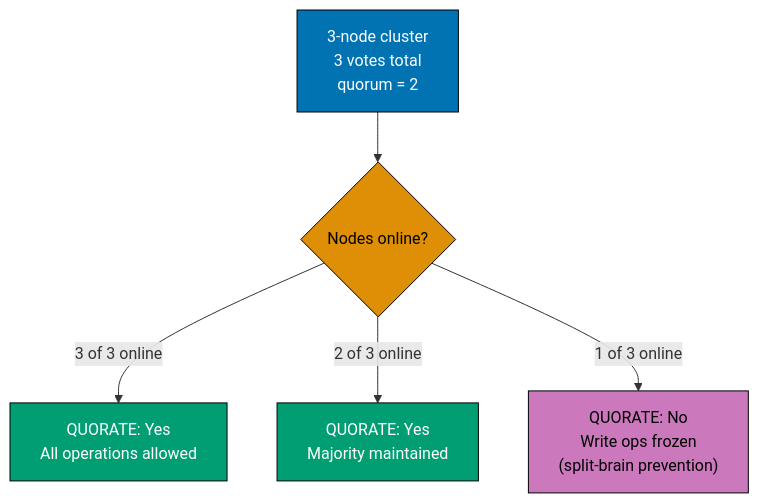
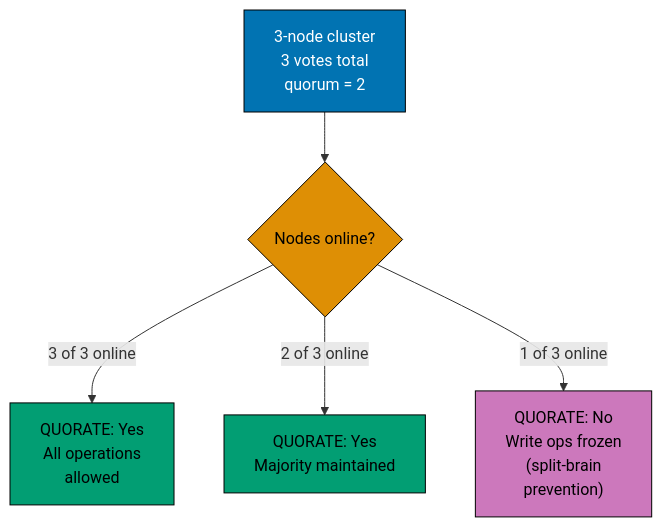
Before and after one commit to wahidyankf/ose-public: the second of 9 diagrams in apps/ayokoding-www/content/en/learn/legacy/software-engineering/infrastructure/tools/proxmox/by-example/intermediate.md, drawn with Mermaid. The commit also changed other lines of this file and 131 other files, not shown here.

First line of the commit message:
fix(mermaid): bring the legacy data, infrastructure, and testing diagrams onto the accessible palette

````diff
--- a/apps/ayokoding-www/content/en/learn/legacy/software-engineering/infrastructure/tools/proxmox/by-example/intermediate.md
+++ b/apps/ayokoding-www/content/en/learn/legacy/software-engineering/infrastructure/tools/proxmox/by-example/intermediate.md
@@ -70,14 +77,21 @@
 ```mermaid
 %% Color Palette: Blue #0173B2, Orange #DE8F05, Teal #029E73, Purple #CC78BC, Brown #CA9161
 graph TD
+    accTitle: Example 30: Inspect Cluster Membership and Quorum Status
+    accDescr: Graph with 5 nodes and 4 connections. Nodes: 3-node cluster 3 votes total quorum = 2, Nodes online?, QUORATE: Yes All operations allowed, QUORATE: Yes Majority maintained, QUORATE: No Write ops frozen (split-brain prevention). Connections: 3-node cluster 3 votes total quorum = 2 to Nodes online?, Nodes online? to QUORATE: Yes All operations allowed (3 of 3 online), Nodes online? to QUORATE: Yes Majority maintained (2 of 3 online), Nodes online? to QUORATE: No Write ops frozen (split-brain prevention) (1 of 3 online).
     A["3-node cluster<br/>3 votes total<br/>quorum = 2"] --> B{"Nodes online?"}
-    B -->|"3 of 3 online"| C["QUORATE: Yes<br/>All operations allowed"]
+    B -->|"3 of 3 online"| C["QUORATE: Yes<br/>All operations<br/>allowed"]
     B -->|"2 of 3 online"| D["QUORATE: Yes<br/>Majority maintained"]
-    B -->|"1 of 3 online"| E["QUORATE: No<br/>Write ops frozen<br/>(split-brain prevention)"]
+    B -->|"1 of 3 online"| E["QUORATE: No<br/>Write ops frozen<br/>(split-brain<br/>prevention)"]
 
-    style A fill:#0173B2,color:#fff,stroke:#000
-    style B fill:#DE8F05,color:#000,stroke:#000
-    style C fill:#029E73,color:#fff,stroke:#000
-    style D fill:#029E73,color:#fff,stroke:#000
-    style E fill:#CC78BC,color:#000,stroke:#000
+    classDef pal-0173B2 fill:#0173B2,stroke:#000000,color:#FFFFFF
+    class A pal-0173B2
+    classDef pal-DE8F05 fill:#DE8F05,stroke:#000000,color:#000000
+    class B pal-DE8F05
+    classDef pal-029E73 fill:#029E73,stroke:#000000,color:#000000
+    class C pal-029E73
+    class D pal-029E73
+    classDef pal-CC78BC fill:#CC78BC,stroke:#000000,color:#000000
+    class E pal-CC78BC
+    classDef default fill:#FFFFFF,stroke:#000000,color:#000000
 ```
````
